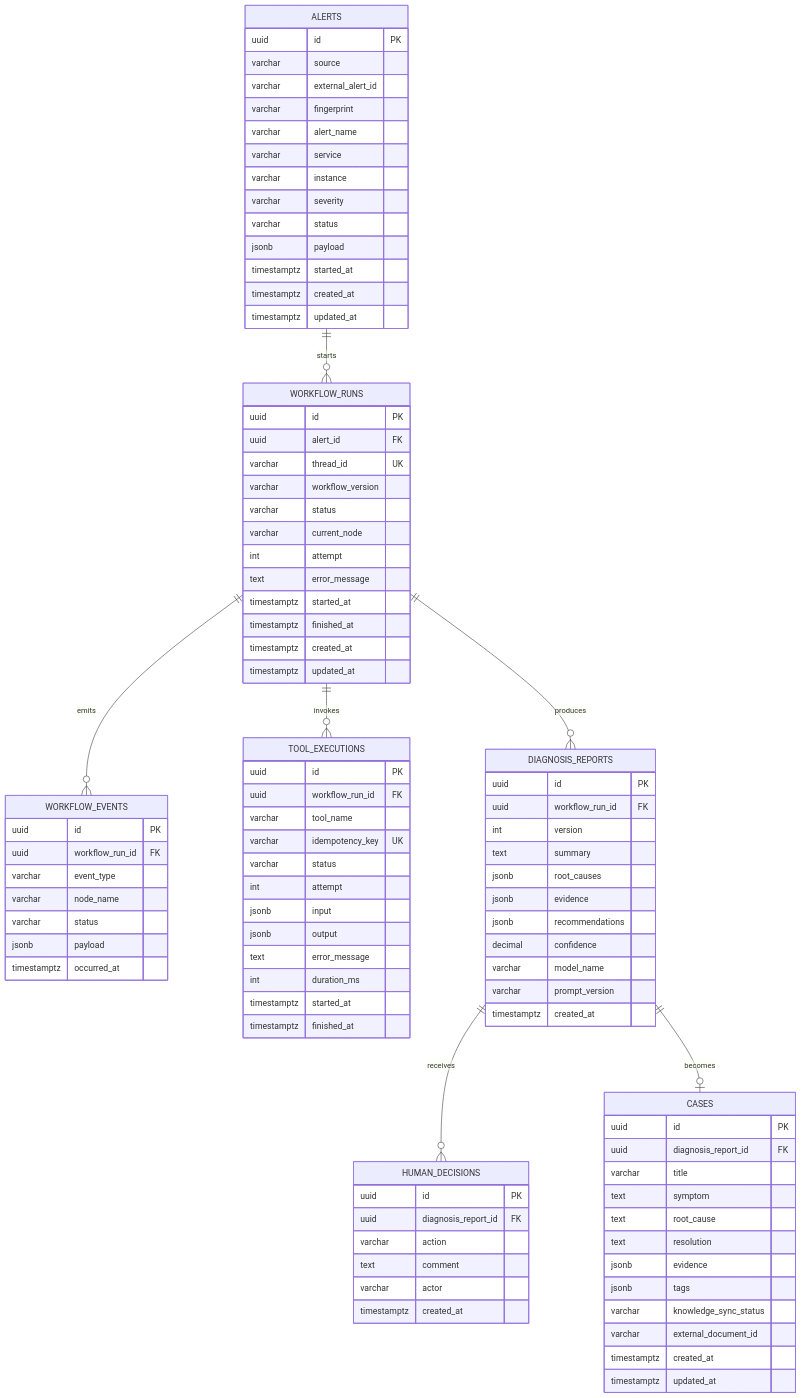
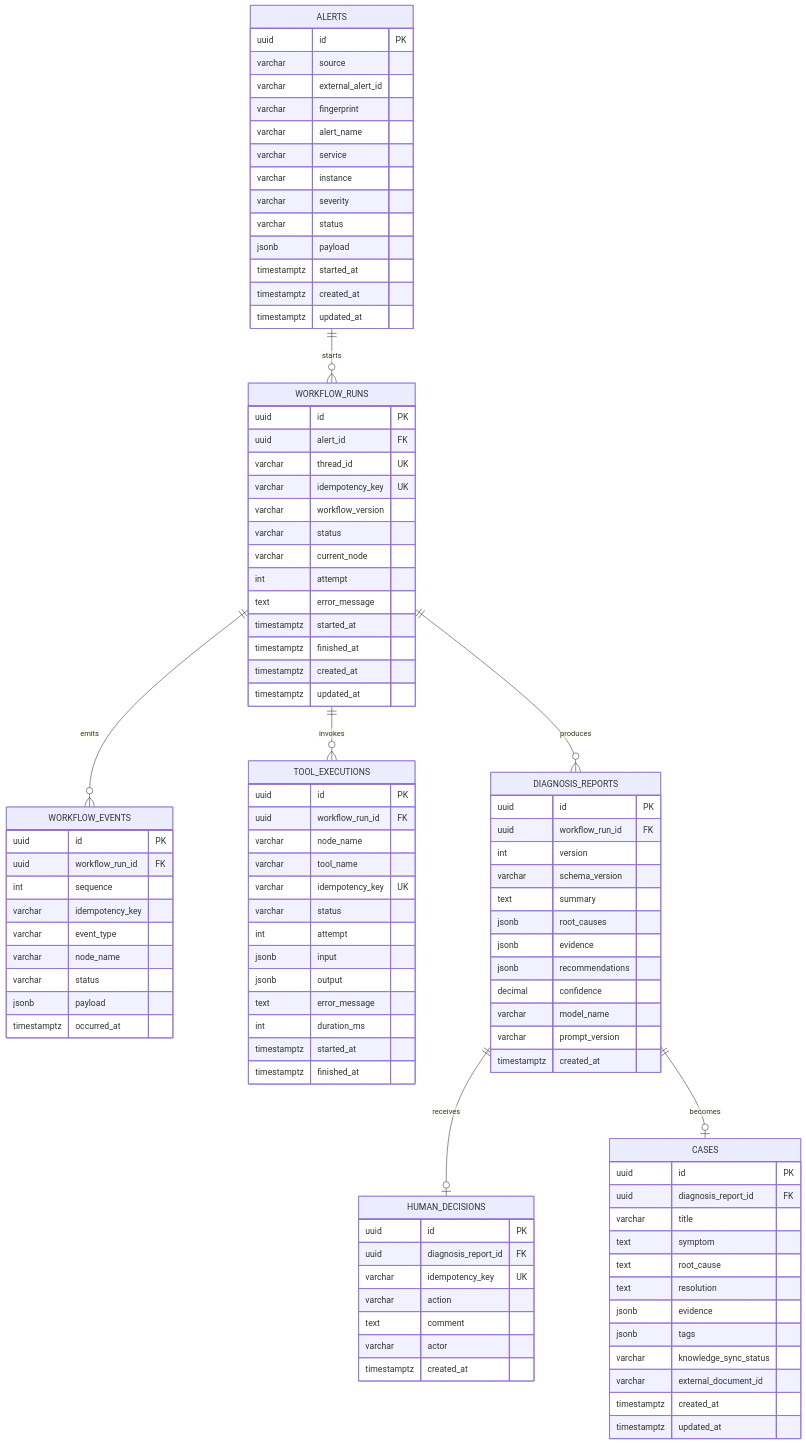
Before and after one commit to tsycheese/alert-sage: the diagram in docs/03-data-model.md, drawn with Mermaid. The commit also changed other lines of this file and 18 other files, not shown here.

```diff
--- a/docs/03-data-model.md
+++ b/docs/03-data-model.md
@@ -22,7 +24,7 @@
     WORKFLOW_RUNS ||--o{ WORKFLOW_EVENTS : emits
     WORKFLOW_RUNS ||--o{ TOOL_EXECUTIONS : invokes
     WORKFLOW_RUNS ||--o{ DIAGNOSIS_REPORTS : produces
-    DIAGNOSIS_REPORTS ||--o{ HUMAN_DECISIONS : receives
+    DIAGNOSIS_REPORTS ||--o| HUMAN_DECISIONS : receives
     DIAGNOSIS_REPORTS ||--o| CASES : becomes
 
     ALERTS {
@@ -45,6 +47,7 @@
         uuid id PK
         uuid alert_id FK
         varchar thread_id UK
+        varchar idempotency_key UK
         varchar workflow_version
         varchar status
         varchar current_node
@@ -59,6 +62,8 @@
     WORKFLOW_EVENTS {
         uuid id PK
         uuid workflow_run_id FK
+        int sequence
+        varchar idempotency_key
         varchar event_type
         varchar node_name
         varchar status
@@ -69,6 +74,7 @@
     TOOL_EXECUTIONS {
         uuid id PK
         uuid workflow_run_id FK
+        varchar node_name
         varchar tool_name
         varchar idempotency_key UK
         varchar status
@@ -85,6 +91,7 @@
         uuid id PK
         uuid workflow_run_id FK
         int version
+        varchar schema_version
         text summary
         jsonb root_causes
         jsonb evidence
@@ -98,6 +105,7 @@
     HUMAN_DECISIONS {
         uuid id PK
         uuid diagnosis_report_id FK
+        varchar idempotency_key UK
         varchar action
         text comment
         varchar actor
```
